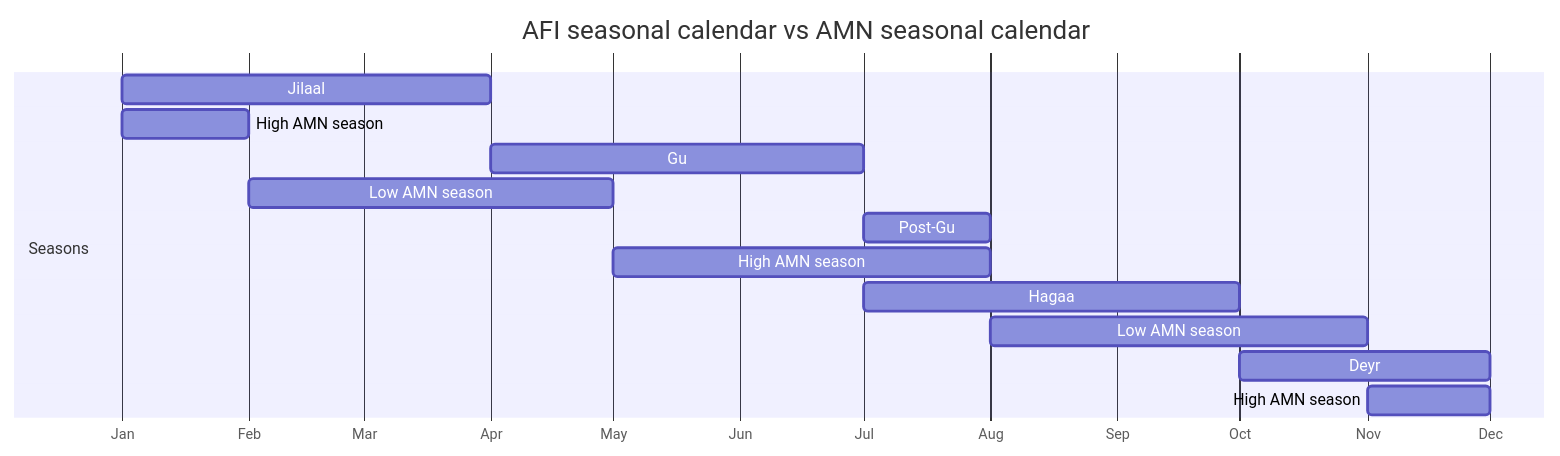
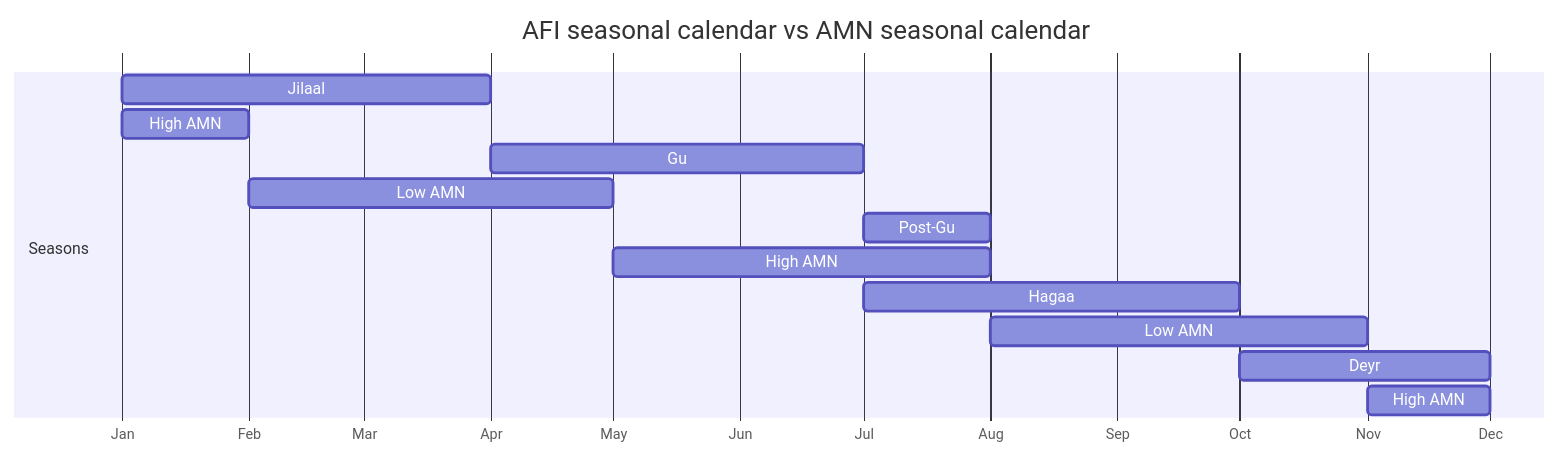
The seventh of 9 diagrams in presentation.qmd (nutimes/som-sam-admit), drawn with Mermaid before and after one commit. The commit also changed other lines of this file, not shown here.

````diff
--- a/presentation.qmd
+++ b/presentation.qmd
@@ -690,24 +665,23 @@
 ```{mermaid}
 %%| label: afi-amn-calendar-agropastoral
-%%| fig-cap: "Source: adaptation based on this analysis findings"
 %%| fig-cap-location: bottom
 %%| fig-height: 4
 %%| fig-width: 13.7
 
 gantt
     title AFI seasonal calendar vs AMN seasonal calendar
     dateFormat M
     axisFormat %b
     todayMarker off
     section Seasons
-    Jilaal :afi1, 1, 4
-    High AMN season :amn1, 1, 2
-    Gu     :afi2, 4, 7
-    Low AMN season :amn2, 2, 5
-    Post-Gu:afi3, 7, 8
-    High AMN season :amn3, 5, 8
-    Hagaa  :afi4, 7, 10
-    Low AMN season :amn4, 8, 11
-    Deyr   :afi5, 10, 12
-    High AMN season : amn5, 11, 12
+        Jilaal :afi1, 1, 4
+        High AMN :amn1, 1, 2
+        Gu     :afi2, 4, 7
+        Low AMN :amn2, 2, 5
+        Post-Gu:afi3, 7, 8
+        High AMN :amn3, 5, 8
+        Hagaa  :afi4, 7, 10
+        Low AMN :amn4, 8, 11
+        Deyr   :afi5, 10, 12
+        High AMN : amn5, 11, 12
 ```
````
